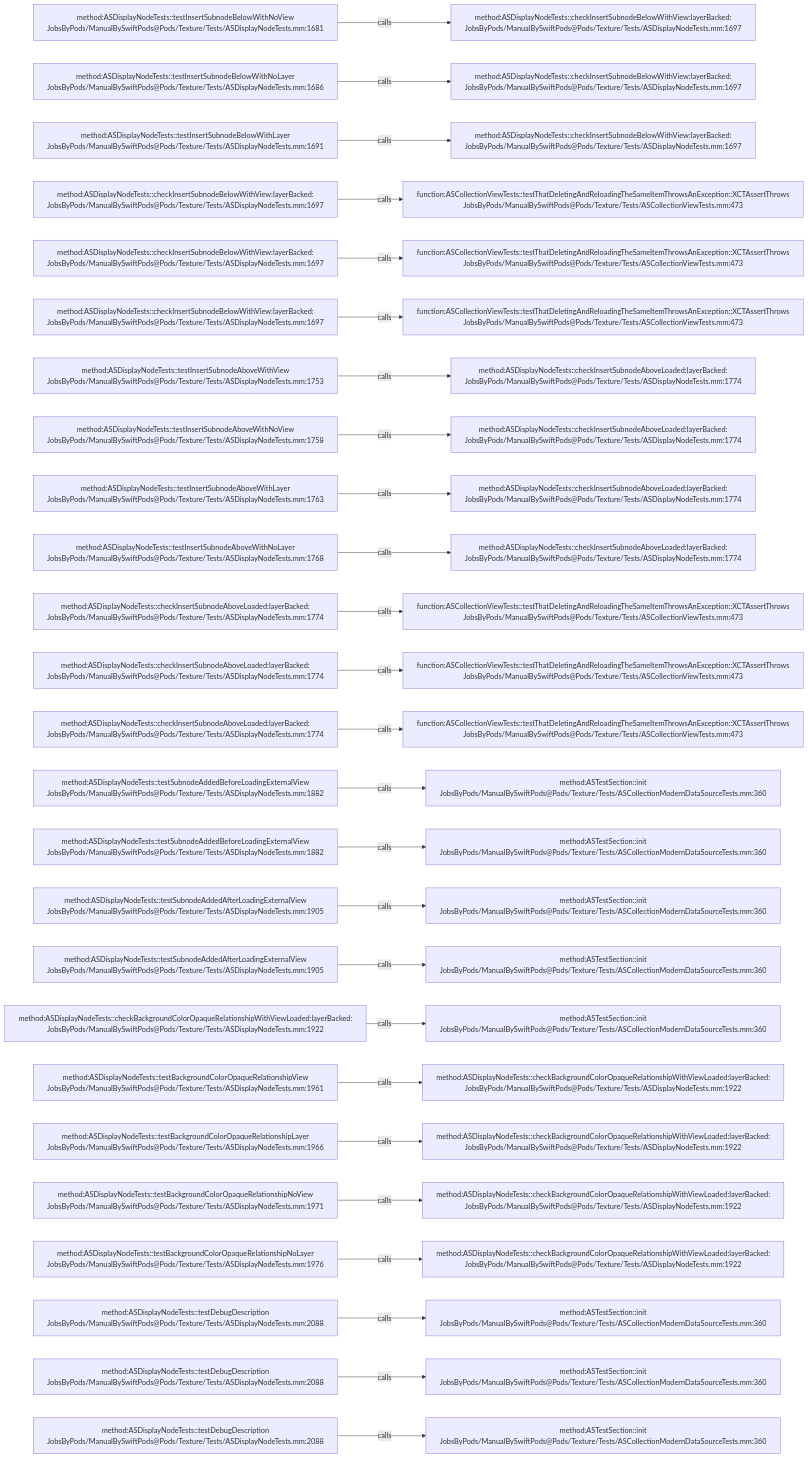
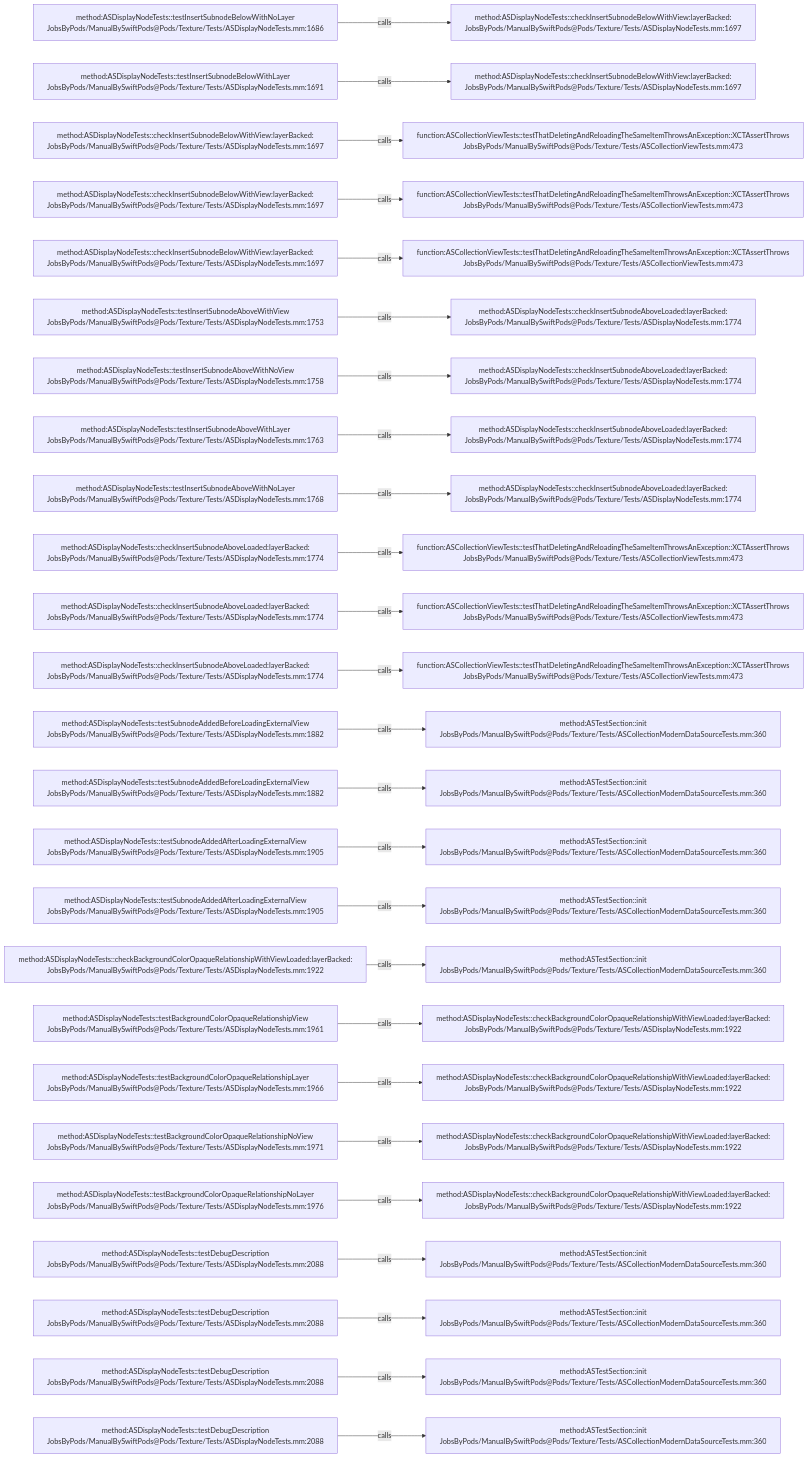
Before and after one commit to JobsKits/JobsSwiftBaseConfigDemo: the diagram in .codegraph/codegraph.md/graphs/calls-193.md, drawn with Mermaid. The commit also changed 747 other files, not shown here.

````diff
--- a/.codegraph/codegraph.md/graphs/calls-193.md
+++ b/.codegraph/codegraph.md/graphs/calls-193.md
@@ -13,78 +13,78 @@
 ```mermaid
 flowchart LR
-  S1["method:ASDisplayNodeTests::testInsertSubnodeBelowWithNoView<br/>JobsByPods/ManualBySwiftPods@Pods/Texture/Tests/ASDisplayNodeTests.mm:1681"]
+  S1["method:ASDisplayNodeTests::testInsertSubnodeBelowWithNoLayer<br/>JobsByPods/ManualBySwiftPods@Pods/Texture/Tests/ASDisplayNodeTests.mm:1686"]
   T1["method:ASDisplayNodeTests::checkInsertSubnodeBelowWithView:layerBacked:<br/>JobsByPods/ManualBySwiftPods@Pods/Texture/Tests/ASDisplayNodeTests.mm:1697"]
   S1 -->|calls| T1
-  S2["method:ASDisplayNodeTests::testInsertSubnodeBelowWithNoLayer<br/>JobsByPods/ManualBySwiftPods@Pods/Texture/Tests/ASDisplayNodeTests.mm:1686"]
+  S2["method:ASDisplayNodeTests::testInsertSubnodeBelowWithLayer<br/>JobsByPods/ManualBySwiftPods@Pods/Texture/Tests/ASDisplayNodeTests.mm:1691"]
   T2["method:ASDisplayNodeTests::checkInsertSubnodeBelowWithView:layerBacked:<br/>JobsByPods/ManualBySwiftPods@Pods/Texture/Tests/ASDisplayNodeTests.mm:1697"]
   S2 -->|calls| T2
-  S3["method:ASDisplayNodeTests::testInsertSubnodeBelowWithLayer<br/>JobsByPods/ManualBySwiftPods@Pods/Texture/Tests/ASDisplayNodeTests.mm:1691"]
-  T3["method:ASDisplayNodeTests::checkInsertSubnodeBelowWithView:layerBacked:<br/>JobsByPods/ManualBySwiftPods@Pods/Texture/Tests/ASDisplayNodeTests.mm:1697"]
+  S3["method:ASDisplayNodeTests::checkInsertSubnodeBelowWithView:layerBacked:<br/>JobsByPods/ManualBySwiftPods@Pods/Texture/Tests/ASDisplayNodeTests.mm:1697"]
+  T3["function:ASCollectionViewTests::testThatDeletingAndReloadingTheSameItemThrowsAnException::XCTAssertThrows<br/>JobsByPods/ManualBySwiftPods@Pods/Texture/Tests/ASCollectionViewTests.mm:473"]
   S3 -->|calls| T3
   S4["method:ASDisplayNodeTests::checkInsertSubnodeBelowWithView:layerBacked:<br/>JobsByPods/ManualBySwiftPods@Pods/Texture/Tests/ASDisplayNodeTests.mm:1697"]
   T4["function:ASCollectionViewTests::testThatDeletingAndReloadingTheSameItemThrowsAnException::XCTAssertThrows<br/>JobsByPods/ManualBySwiftPods@Pods/Texture/Tests/ASCollectionViewTests.mm:473"]
   S4 -->|calls| T4
   S5["method:ASDisplayNodeTests::checkInsertSubnodeBelowWithView:layerBacked:<br/>JobsByPods/ManualBySwiftPods@Pods/Texture/Tests/ASDisplayNodeTests.mm:1697"]
   T5["function:ASCollectionViewTests::testThatDeletingAndReloadingTheSameItemThrowsAnException::XCTAssertThrows<br/>JobsByPods/ManualBySwiftPods@Pods/Texture/Tests/ASCollectionViewTests.mm:473"]
   S5 -->|calls| T5
-  S6["method:ASDisplayNodeTests::checkInsertSubnodeBelowWithView:layerBacked:<br/>JobsByPods/ManualBySwiftPods@Pods/Texture/Tests/ASDisplayNodeTests.mm:1697"]
-  T6["function:ASCollectionViewTests::testThatDeletingAndReloadingTheSameItemThrowsAnException::XCTAssertThrows<br/>JobsByPods/ManualBySwiftPods@Pods/Texture/Tests/ASCollectionViewTests.mm:473"]
+  S6["method:ASDisplayNodeTests::testInsertSubnodeAboveWithView<br/>JobsByPods/ManualBySwiftPods@Pods/Texture/Tests/ASDisplayNodeTests.mm:1753"]
+  T6["method:ASDisplayNodeTests::checkInsertSubnodeAboveLoaded:layerBacked:<br/>JobsByPods/ManualBySwiftPods@Pods/Texture/Tests/ASDisplayNodeTests.mm:1774"]
   S6 -->|calls| T6
-  S7["method:ASDisplayNodeTests::testInsertSubnodeAboveWithView<br/>JobsByPods/ManualBySwiftPods@Pods/Texture/Tests/ASDisplayNodeTests.mm:1753"]
+  S7["method:ASDisplayNodeTests::testInsertSubnodeAboveWithNoView<br/>JobsByPods/ManualBySwiftPods@Pods/Texture/Tests/ASDisplayNodeTests.mm:1758"]
   T7["method:ASDisplayNodeTests::checkInsertSubnodeAboveLoaded:layerBacked:<br/>JobsByPods/ManualBySwiftPods@Pods/Texture/Tests/ASDisplayNodeTests.mm:1774"]
   S7 -->|calls| T7
-  S8["method:ASDisplayNodeTests::testInsertSubnodeAboveWithNoView<br/>JobsByPods/ManualBySwiftPods@Pods/Texture/Tests/ASDisplayNodeTests.mm:1758"]
+  S8["method:ASDisplayNodeTests::testInsertSubnodeAboveWithLayer<br/>JobsByPods/ManualBySwiftPods@Pods/Texture/Tests/ASDisplayNodeTests.mm:1763"]
   T8["method:ASDisplayNodeTests::checkInsertSubnodeAboveLoaded:layerBacked:<br/>JobsByPods/ManualBySwiftPods@Pods/Texture/Tests/ASDisplayNodeTests.mm:1774"]
   S8 -->|calls| T8
-  S9["method:ASDisplayNodeTests::testInsertSubnodeAboveWithLayer<br/>JobsByPods/ManualBySwiftPods@Pods/Texture/Tests/ASDisplayNodeTests.mm:1763"]
+  S9["method:ASDisplayNodeTests::testInsertSubnodeAboveWithNoLayer<br/>JobsByPods/ManualBySwiftPods@Pods/Texture/Tests/ASDisplayNodeTests.mm:1768"]
   T9["method:ASDisplayNodeTests::checkInsertSubnodeAboveLoaded:layerBacked:<br/>JobsByPods/ManualBySwiftPods@Pods/Texture/Tests/ASDisplayNodeTests.mm:1774"]
   S9 -->|calls| T9
-  S10["method:ASDisplayNodeTests::testInsertSubnodeAboveWithNoLayer<br/>JobsByPods/ManualBySwiftPods@Pods/Texture/Tests/ASDisplayNodeTests.mm:1768"]
-  T10["method:ASDisplayNodeTests::checkInsertSubnodeAboveLoaded:layerBacked:<br/>JobsByPods/ManualBySwiftPods@Pods/Texture/Tests/ASDisplayNodeTests.mm:1774"]
+  S10["method:ASDisplayNodeTests::checkInsertSubnodeAboveLoaded:layerBacked:<br/>JobsByPods/ManualBySwiftPods@Pods/Texture/Tests/ASDisplayNodeTests.mm:1774"]
+  T10["function:ASCollectionViewTests::testThatDeletingAndReloadingTheSameItemThrowsAnException::XCTAssertThrows<br/>JobsByPods/ManualBySwiftPods@Pods/Texture/Tests/ASCollectionViewTests.mm:473"]
   S10 -->|calls| T10
   S11["method:ASDisplayNodeTests::checkInsertSubnodeAboveLoaded:layerBacked:<br/>JobsByPods/ManualBySwiftPods@Pods/Texture/Tests/ASDisplayNodeTests.mm:1774"]
   T11["function:ASCollectionViewTests::testThatDeletingAndReloadingTheSameItemThrowsAnException::XCTAssertThrows<br/>JobsByPods/ManualBySwiftPods@Pods/Texture/Tests/ASCollectionViewTests.mm:473"]
   S11 -->|calls| T11
   S12["method:ASDisplayNodeTests::checkInsertSubnodeAboveLoaded:layerBacked:<br/>JobsByPods/ManualBySwiftPods@Pods/Texture/Tests/ASDisplayNodeTests.mm:1774"]
   T12["function:ASCollectionViewTests::testThatDeletingAndReloadingTheSameItemThrowsAnException::XCTAssertThrows<br/>JobsByPods/ManualBySwiftPods@Pods/Texture/Tests/ASCollectionViewTests.mm:473"]
   S12 -->|calls| T12
-  S13["method:ASDisplayNodeTests::checkInsertSubnodeAboveLoaded:layerBacked:<br/>JobsByPods/ManualBySwiftPods@Pods/Texture/Tests/ASDisplayNodeTests.mm:1774"]
-  T13["function:ASCollectionViewTests::testThatDeletingAndReloadingTheSameItemThrowsAnException::XCTAssertThrows<br/>JobsByPods/ManualBySwiftPods@Pods/Texture/Tests/ASCollectionViewTests.mm:473"]
+  S13["method:ASDisplayNodeTests::testSubnodeAddedBeforeLoadingExternalView<br/>JobsByPods/ManualBySwiftPods@Pods/Texture/Tests/ASDisplayNodeTests.mm:1882"]
+  T13["method:ASTestSection::init<br/>JobsByPods/ManualBySwiftPods@Pods/Texture/Tests/ASCollectionModernDataSourceTests.mm:360"]
   S13 -->|calls| T13
   S14["method:ASDisplayNodeTests::testSubnodeAddedBeforeLoadingExternalView<br/>JobsByPods/ManualBySwiftPods@Pods/Texture/Tests/ASDisplayNodeTests.mm:1882"]
   T14["method:ASTestSection::init<br/>JobsByPods/ManualBySwiftPods@Pods/Texture/Tests/ASCollectionModernDataSourceTests.mm:360"]
   S14 -->|calls| T14
-  S15["method:ASDisplayNodeTests::testSubnodeAddedBeforeLoadingExternalView<br/>JobsByPods/ManualBySwiftPods@Pods/Texture/Tests/ASDisplayNodeTests.mm:1882"]
+  S15["method:ASDisplayNodeTests::testSubnodeAddedAfterLoadingExternalView<br/>JobsByPods/ManualBySwiftPods@Pods/Texture/Tests/ASDisplayNodeTests.mm:1905"]
   T15["method:ASTestSection::init<br/>JobsByPods/ManualBySwiftPods@Pods/Texture/Tests/ASCollectionModernDataSourceTests.mm:360"]
   S15 -->|calls| T15
   S16["method:ASDisplayNodeTests::testSubnodeAddedAfterLoadingExternalView<br/>JobsByPods/ManualBySwiftPods@Pods/Texture/Tests/ASDisplayNodeTests.mm:1905"]
   T16["method:ASTestSection::init<br/>JobsByPods/ManualBySwiftPods@Pods/Texture/Tests/ASCollectionModernDataSourceTests.mm:360"]
   S16 -->|calls| T16
-  S17["method:ASDisplayNodeTests::testSubnodeAddedAfterLoadingExternalView<br/>JobsByPods/ManualBySwiftPods@Pods/Texture/Tests/ASDisplayNodeTests.mm:1905"]
+  S17["method:ASDisplayNodeTests::checkBackgroundColorOpaqueRelationshipWithViewLoaded:layerBacked:<br/>JobsByPods/ManualBySwiftPods@Pods/Texture/Tests/ASDisplayNodeTests.mm:1922"]
   T17["method:ASTestSection::init<br/>JobsByPods/ManualBySwiftPods@Pods/Texture/Tests/ASCollectionModernDataSourceTests.mm:360"]
   S17 -->|calls| T17
-  S18["method:ASDisplayNodeTests::checkBackgroundColorOpaqueRelationshipWithViewLoaded:layerBacked:<br/>JobsByPods/ManualBySwiftPods@Pods/Texture/Tests/ASDisplayNodeTests.mm:1922"]
-  T18["method:ASTestSection::init<br/>JobsByPods/ManualBySwiftPods@Pods/Texture/Tests/ASCollectionModernDataSourceTests.mm:360"]
+  S18["method:ASDisplayNodeTests::testBackgroundColorOpaqueRelationshipView<br/>JobsByPods/ManualBySwiftPods@Pods/Texture/Tests/ASDisplayNodeTests.mm:1961"]
+  T18["method:ASDisplayNodeTests::checkBackgroundColorOpaqueRelationshipWithViewLoaded:layerBacked:<br/>JobsByPods/ManualBySwiftPods@Pods/Texture/Tests/ASDisplayNodeTests.mm:1922"]
   S18 -->|calls| T18
-  S19["method:ASDisplayNodeTests::testBackgroundColorOpaqueRelationshipView<br/>JobsByPods/ManualBySwiftPods@Pods/Texture/Tests/ASDisplayNodeTests.mm:1961"]
+  S19["method:ASDisplayNodeTests::testBackgroundColorOpaqueRelationshipLayer<br/>JobsByPods/ManualBySwiftPods@Pods/Texture/Tests/ASDisplayNodeTests.mm:1966"]
   T19["method:ASDisplayNodeTests::checkBackgroundColorOpaqueRelationshipWithViewLoaded:layerBacked:<br/>JobsByPods/ManualBySwiftPods@Pods/Texture/Tests/ASDisplayNodeTests.mm:1922"]
   S19 -->|calls| T19
-  S20["method:ASDisplayNodeTests::testBackgroundColorOpaqueRelationshipLayer<br/>JobsByPods/ManualBySwiftPods@Pods/Texture/Tests/ASDisplayNodeTests.mm:1966"]
+  S20["method:ASDisplayNodeTests::testBackgroundColorOpaqueRelationshipNoView<br/>JobsByPods/ManualBySwiftPods@Pods/Texture/Tests/ASDisplayNodeTests.mm:1971"]
   T20["method:ASDisplayNodeTests::checkBackgroundColorOpaqueRelationshipWithViewLoaded:layerBacked:<br/>JobsByPods/ManualBySwiftPods@Pods/Texture/Tests/ASDisplayNodeTests.mm:1922"]
   S20 -->|calls| T20
-  S21["method:ASDisplayNodeTests::testBackgroundColorOpaqueRelationshipNoView<br/>JobsByPods/ManualBySwiftPods@Pods/Texture/Tests/ASDisplayNodeTests.mm:1971"]
+  S21["method:ASDisplayNodeTests::testBackgroundColorOpaqueRelationshipNoLayer<br/>JobsByPods/ManualBySwiftPods@Pods/Texture/Tests/ASDisplayNodeTests.mm:1976"]
   T21["method:ASDisplayNodeTests::checkBackgroundColorOpaqueRelationshipWithViewLoaded:layerBacked:<br/>JobsByPods/ManualBySwiftPods@Pods/Texture/Tests/ASDisplayNodeTests.mm:1922"]
   S21 -->|calls| T21
-  S22["method:ASDisplayNodeTests::testBackgroundColorOpaqueRelationshipNoLayer<br/>JobsByPods/ManualBySwiftPods@Pods/Texture/Tests/ASDisplayNodeTests.mm:1976"]
-  T22["method:ASDisplayNodeTests::checkBackgroundColorOpaqueRelationshipWithViewLoaded:layerBacked:<br/>JobsByPods/ManualBySwiftPods@Pods/Texture/Tests/ASDisplayNodeTests.mm:1922"]
+  S22["method:ASDisplayNodeTests::testDebugDescription<br/>JobsByPods/ManualBySwiftPods@Pods/Texture/Tests/ASDisplayNodeTests.mm:2088"]
+  T22["method:ASTestSection::init<br/>JobsByPods/ManualBySwiftPods@Pods/Texture/Tests/ASCollectionModernDataSourceTests.mm:360"]
   S22 -->|calls| T22
   S23["method:ASDisplayNodeTests::testDebugDescription<br/>JobsByPods/ManualBySwiftPods@Pods/Texture/Tests/ASDisplayNodeTests.mm:2088"]
   T23["method:ASTestSection::init<br/>JobsByPods/ManualBySwiftPods@Pods/Texture/Tests/ASCollectionModernDataSourceTests.mm:360"]
   S23 -->|calls| T23
   S24["method:ASDisplayNodeTests::testDebugDescription<br/>JobsByPods/ManualBySwiftPods@Pods/Texture/Tests/ASDisplayNodeTests.mm:2088"]
   T24["method:ASTestSection::init<br/>JobsByPods/ManualBySwiftPods@Pods/Texture/Tests/ASCollectionModernDataSourceTests.mm:360"]
   S24 -->|calls| T24
   S25["method:ASDisplayNodeTests::testDebugDescription<br/>JobsByPods/ManualBySwiftPods@Pods/Texture/Tests/ASDisplayNodeTests.mm:2088"]
   T25["method:ASTestSection::init<br/>JobsByPods/ManualBySwiftPods@Pods/Texture/Tests/ASCollectionModernDataSourceTests.mm:360"]
   S25 -->|calls| T25
 ```
````
